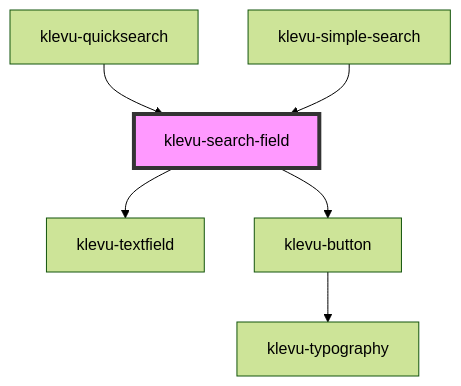
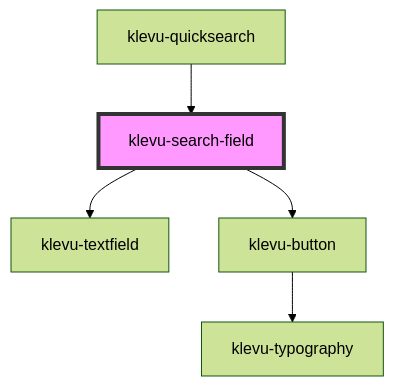
Before and after one commit to klevultd/frontend-sdk: the diagram in packages/klevu-ui/src/components/klevu-search-field/readme.md, drawn with Mermaid (forest theme). The commit also changed other lines of this file and 18 other files, not shown here.

````diff
--- a/packages/klevu-ui/src/components/klevu-search-field/readme.md
+++ b/packages/klevu-ui/src/components/klevu-search-field/readme.md
@@ -83,9 +82,8 @@
 ```mermaid
 graph TD;
   klevu-search-field --> klevu-textfield
   klevu-search-field --> klevu-button
   klevu-button --> klevu-typography
   klevu-quicksearch --> klevu-search-field
-  klevu-simple-search --> klevu-search-field
   style klevu-search-field fill:#f9f,stroke:#333,stroke-width:4px
 ```
````
